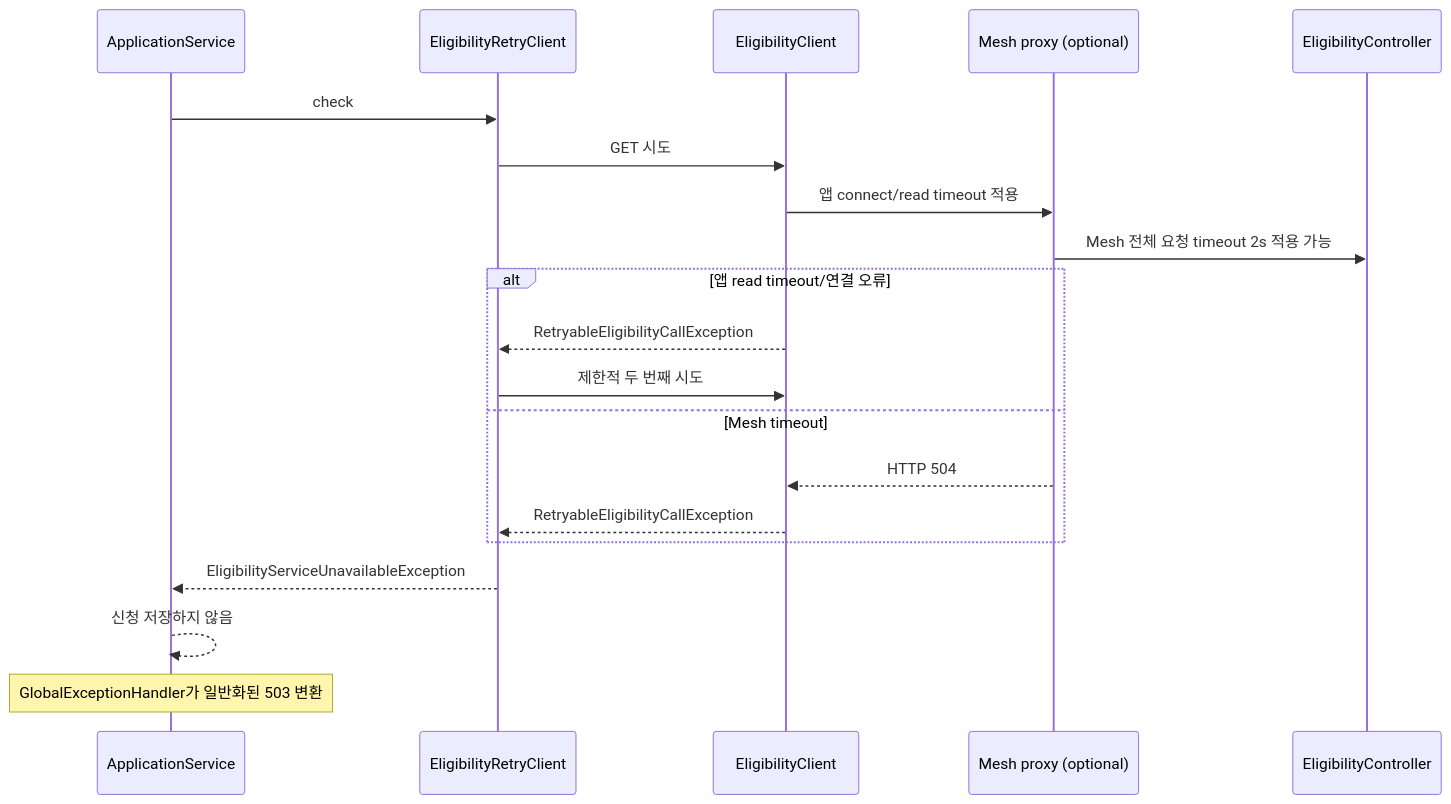
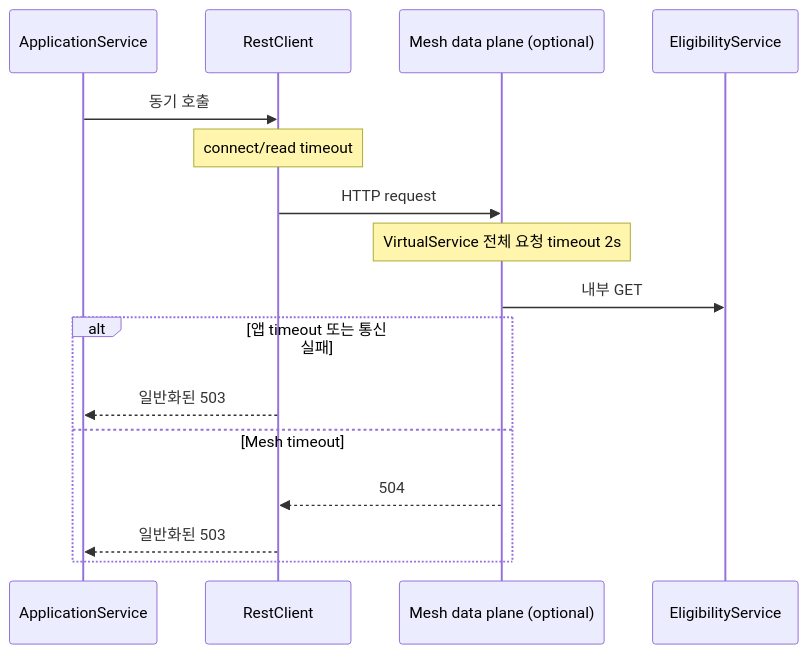
One commit to okpc579/saas-guide-sample-service-communication changed the second of 2 diagrams in docs/4.1.8-guide-mapping.md. Above: the diagram before and after it, drawn with Mermaid. The commit also changed other lines of this file and 45 other files, not shown here.

Commit message:
Simplify service timeout communication example

````diff
--- a/docs/4.1.8-guide-mapping.md
+++ b/docs/4.1.8-guide-mapping.md
@@ -36,22 +32,18 @@
 ```mermaid
 sequenceDiagram
   participant A as ApplicationService
-  participant R as EligibilityRetryClient
-  participant C as EligibilityClient
-  participant M as Mesh proxy (optional)
-  participant E as EligibilityController
-  A->>R: check
-  R->>C: GET 시도
-  C->>M: 앱 connect/read timeout 적용
-  M->>E: Mesh 전체 요청 timeout 2s 적용 가능
-  alt 앱 read timeout/연결 오류
-    C-->>R: RetryableEligibilityCallException
-    R->>C: 제한적 두 번째 시도
+  participant C as RestClient
+  participant M as Mesh data plane (optional)
+  participant E as EligibilityService
+  A->>C: 동기 호출
+  Note over C: connect/read timeout
+  C->>M: HTTP request
+  Note over M: VirtualService 전체 요청 timeout 2s
+  M->>E: 내부 GET
+  alt 앱 timeout 또는 통신 실패
+    C-->>A: 일반화된 503
   else Mesh timeout
-    M-->>C: HTTP 504
-    C-->>R: RetryableEligibilityCallException
+    M-->>C: 504
+    C-->>A: 일반화된 503
   end
-  R-->>A: EligibilityServiceUnavailableException
-  A-->>A: 신청 저장하지 않음
-  Note over A: GlobalExceptionHandler가 일반화된 503 변환
 ```
````
